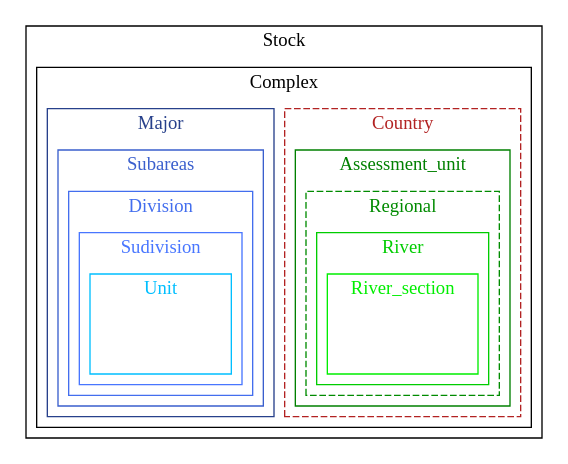
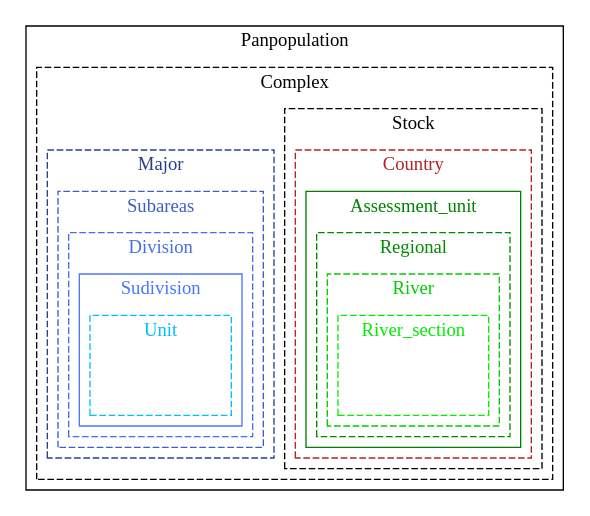
Before and after one commit to DIASPARAproject/WP3_migdb: the second of 2 diagrams in R/midb.qmd, drawn with Graphviz. The commit also changed other lines of this file, not shown here.

Commit message:
dev : add answers from Maria (ICES)

```diff
--- a/R/midb.qmd
+++ b/R/midb.qmd
@@ -1410,72 +1421,79 @@
     newrank=true;
 
     subgraph clusterA {
-      label = Stock
+      label = Panpopulation
       style=full
       color=black
       center=true
 
       subgraph clusterB {
         label = Complex
-        style=full
+        style=dashed
         color=black
         center=true
+
+              subgraph clusterC {
+              label = Stock
+              style=dashed
+              color=black
+              center=true
     
-        subgraph clusterC {
-          label = Country
-          style=dashed
-          color=firebrick
-          fontcolor=firebrick
-          center=true
+                subgraph clusterD {
+                  label = Country
+                  style=dashed
+                  color=firebrick
+                  fontcolor=firebrick
+                  center=true
 
-          subgraph clusterD {
-            label = Assessment_unit
-            style=full
-            color=green 
-            fontcolor=green
-            
-              subgraph clusterE {
-                label = Regional;
-                style=dashed
-                color=green4
-                fontcolor=green4
-                
-                  subgraph clusterF {
-                    label = River
+                  subgraph clusterE {
+                    label = Assessment_unit
                     style=full
-                    color=green3
-                    fontcolor=green3
+                    color=green 
+                    fontcolor=green
                     
-                        subgraph clusterG {
-                                label = River_section
-                                style=full
-                                color=green2
-                                fontcolor=green2
-                                    section [
-                                        label=data,
-                                        shape=box, 
-                                        style =invis
-                                        ]
-                        }
+                      subgraph clusterF {
+                        label = Regional;
+                        style=dashed
+                        color=green4
+                        fontcolor=green4
+                        
+                          subgraph clusterG {
+                            label = River
+                            style=dashed
+                            color=green3
+                            fontcolor=green3
+                            
+                                subgraph clusterH {
+                                        label = River_section
+                                        style=dashed
+                                        color=green2
+                                        fontcolor=green2
+                                            section [
+                                                label=data,
+                                                shape=box, 
+                                                style =invis
+                                                ]
+                                }
+                          }
+                      }
                   }
+                }
               }
-          }
-        }
         subgraph clusterZ{
           label=Major
-          style=full
+          style=dashed
           color=royalblue4
           fontcolor=royalblue4
           
                 subgraph clusterY{
                     label=Subareas
-                    style=full
+                    style=dashed
                     color=royalblue3
                     fontcolor=royalblue3
                     
                         subgraph clusterX{
                             label=Division
-                            style=full
+                            style=dashed
                             color=royalblue2
                             fontcolor=royalblue2
                             
@@ -1487,7 +1505,7 @@
                                     
                                        subgraph clusterV{
                                            label=Unit
-                                            style=full
+                                            style=dashed
                                             color=deepskyblue
                                             fontcolor=deepskyblue
                                             
```
